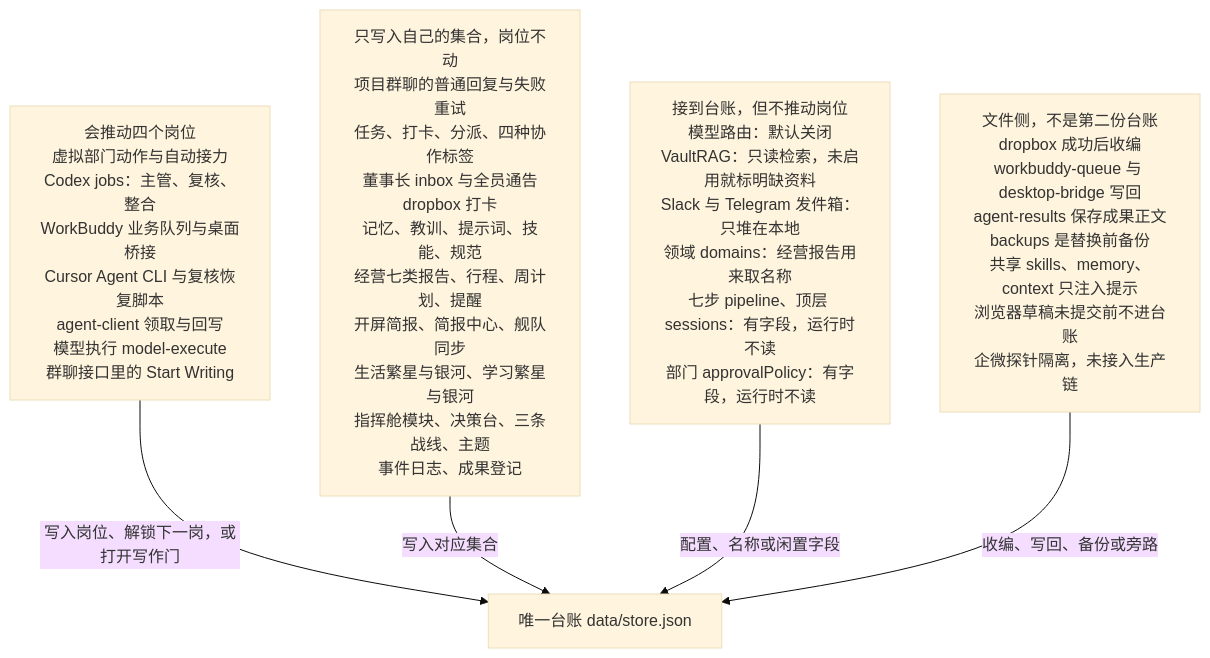
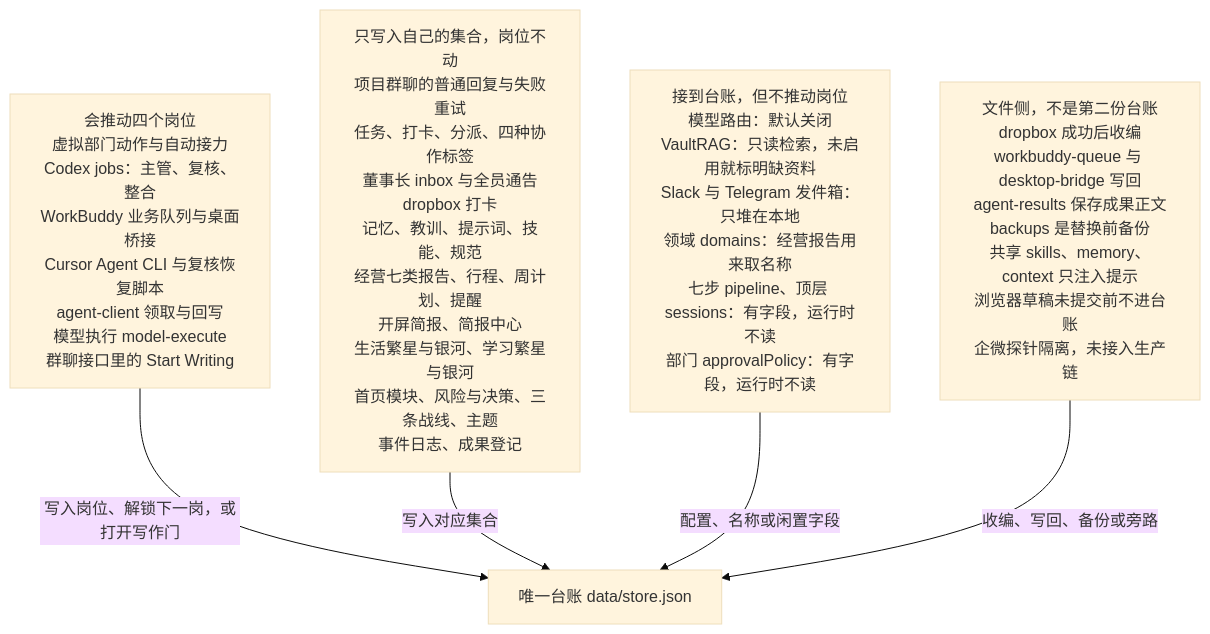
The first of 10 diagrams in docs/工作台全图-类型1.md (diyiresh/workbench-type-1), drawn with Mermaid (base theme) before and after one commit. The commit also changed other lines of this file and 23 other files, not shown here.

````diff
--- a/docs/工作台全图-类型1.md
+++ b/docs/工作台全图-类型1.md
@@ -9,14 +9,14 @@
 ```mermaid
 flowchart TB
   L["唯一台账 data/store.json"]
 
   A["会推动四个岗位<br/>虚拟部门动作与自动接力<br/>Codex jobs：主管、复核、整合<br/>WorkBuddy 业务队列与桌面桥接<br/>Cursor Agent CLI 与复核恢复脚本<br/>agent-client 领取与回写<br/>模型执行 model-execute<br/>群聊接口里的 Start Writing"]
-  B["只写入自己的集合，岗位不动<br/>项目群聊的普通回复与失败重试<br/>任务、打卡、分派、四种协作标签<br/>董事长 inbox 与全员通告<br/>dropbox 打卡<br/>记忆、教训、提示词、技能、规范<br/>经营七类报告、行程、周计划、提醒<br/>开屏简报、简报中心、舰队同步<br/>生活繁星与银河、学习繁星与银河<br/>指挥舱模块、决策台、三条战线、主题<br/>事件日志、成果登记"]
+  B["只写入自己的集合，岗位不动<br/>项目群聊的普通回复与失败重试<br/>任务、打卡、分派、四种协作标签<br/>董事长 inbox 与全员通告<br/>dropbox 打卡<br/>记忆、教训、提示词、技能、规范<br/>经营七类报告、行程、周计划、提醒<br/>开屏简报、简报中心<br/>生活繁星与银河、学习繁星与银河<br/>首页模块、风险与决策、三条战线、主题<br/>事件日志、成果登记"]
   C["接到台账，但不推动岗位<br/>模型路由：默认关闭<br/>VaultRAG：只读检索，未启用就标明缺资料<br/>Slack 与 Telegram 发件箱：只堆在本地<br/>领域 domains：经营报告用来取名称<br/>七步 pipeline、顶层 sessions：有字段，运行时不读<br/>部门 approvalPolicy：有字段，运行时不读"]
   D["文件侧，不是第二份台账<br/>dropbox 成功后收编<br/>workbuddy-queue 与 desktop-bridge 写回<br/>agent-results 保存成果正文<br/>backups 是替换前备份<br/>共享 skills、memory、context 只注入提示<br/>浏览器草稿未提交前不进台账<br/>企微探针隔离，未接入生产链"]
 
   A -->|"写入岗位、解锁下一岗，或打开写作门"| L
   B -->|"写入对应集合"| L
   C -->|"配置、名称或闲置字段"| L
   D -->|"收编、写回、备份或旁路"| L
 ```
````
